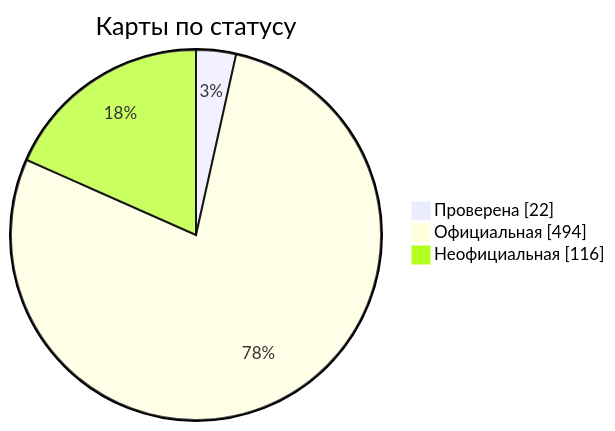
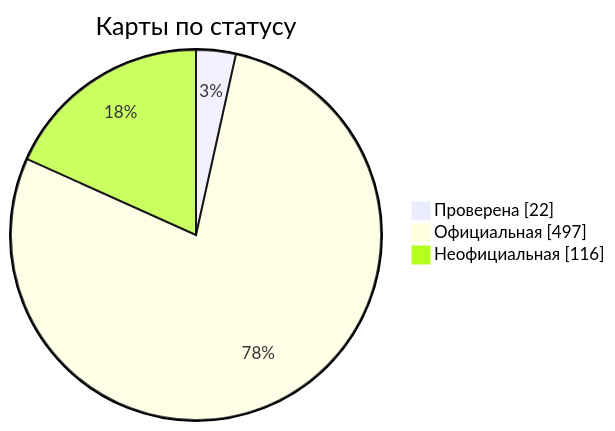
One commit to nobrega8/mbmap-library changed the diagram in docs/readme/README_RU.md. Above: the diagram before and after it, drawn with Mermaid. The commit also changed 8 other files, not shown here.

````diff
--- a/docs/readme/README_RU.md
+++ b/docs/readme/README_RU.md
@@ -54,7 +54,7 @@
 ```mermaid
 pie showData
     title Карты по статусу
     "Проверена" : 22
-    "Официальная" : 494
+    "Официальная" : 497
     "Неофициальная" : 116
 ```
````
